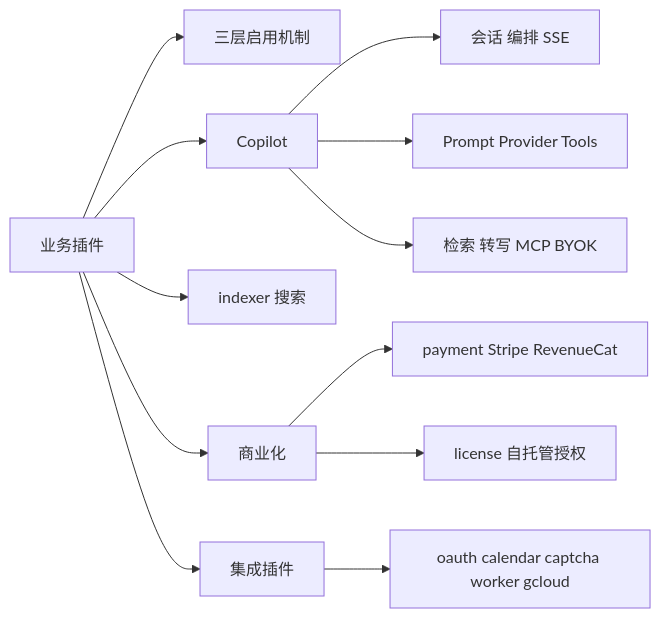
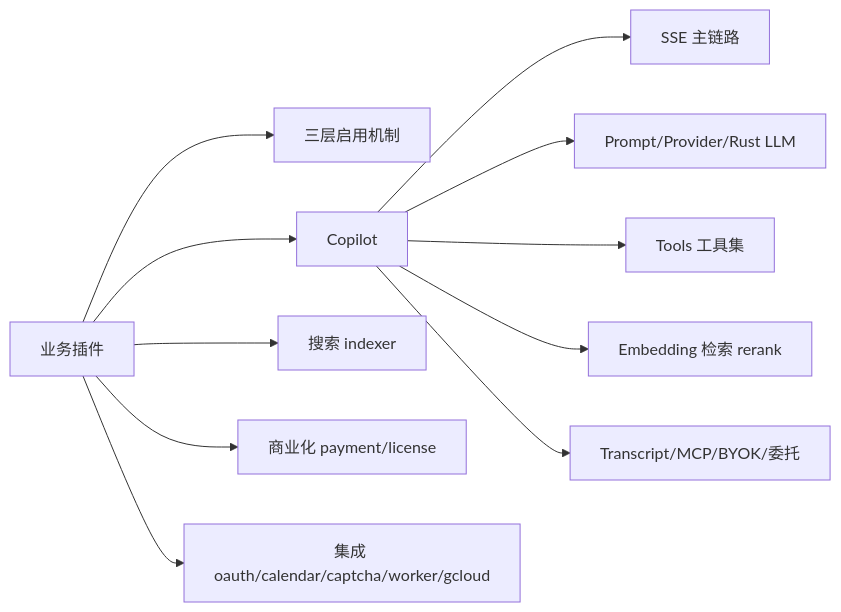
One commit to lfire/AFFiNE changed the first of 5 diagrams in learning-guide/slides/decks/24.md. Above: the diagram before and after it, drawn with Mermaid. The commit also changed other lines of this file and 46 other files, not shown here.

````diff
--- a/learning-guide/slides/decks/24.md
+++ b/learning-guide/slides/decks/24.md
@@ -47,14 +36,13 @@
 ```mermaid
 flowchart LR
-    ROOT["业务插件"] --> EN["三层启用机制"]
-    ROOT --> CP["Copilot"]
-    ROOT --> IDX["indexer 搜索"]
-    ROOT --> COM["商业化"]
-    ROOT --> INT["集成插件"]
-    CP --> CP1["会话 编排 SSE"]
-    CP --> CP2["Prompt Provider Tools"]
-    CP --> CP3["检索 转写 MCP BYOK"]
-    COM --> PAY["payment Stripe RevenueCat"]
-    COM --> LIC["license 自托管授权"]
-    INT --> INT1["oauth calendar captcha worker gcloud"]
+  ROOT["业务插件"] --> E["三层启用机制"]
+  ROOT --> C["Copilot"]
+  ROOT --> S["搜索 indexer"]
+  ROOT --> B["商业化 payment/license"]
+  ROOT --> I["集成 oauth/calendar/captcha/worker/gcloud"]
+  C --> C1["SSE 主链路"]
+  C --> C2["Prompt/Provider/Rust LLM"]
+  C --> C3["Tools 工具集"]
+  C --> C4["Embedding 检索 rerank"]
+  C --> C5["Transcript/MCP/BYOK/委托"]
 ```
````
